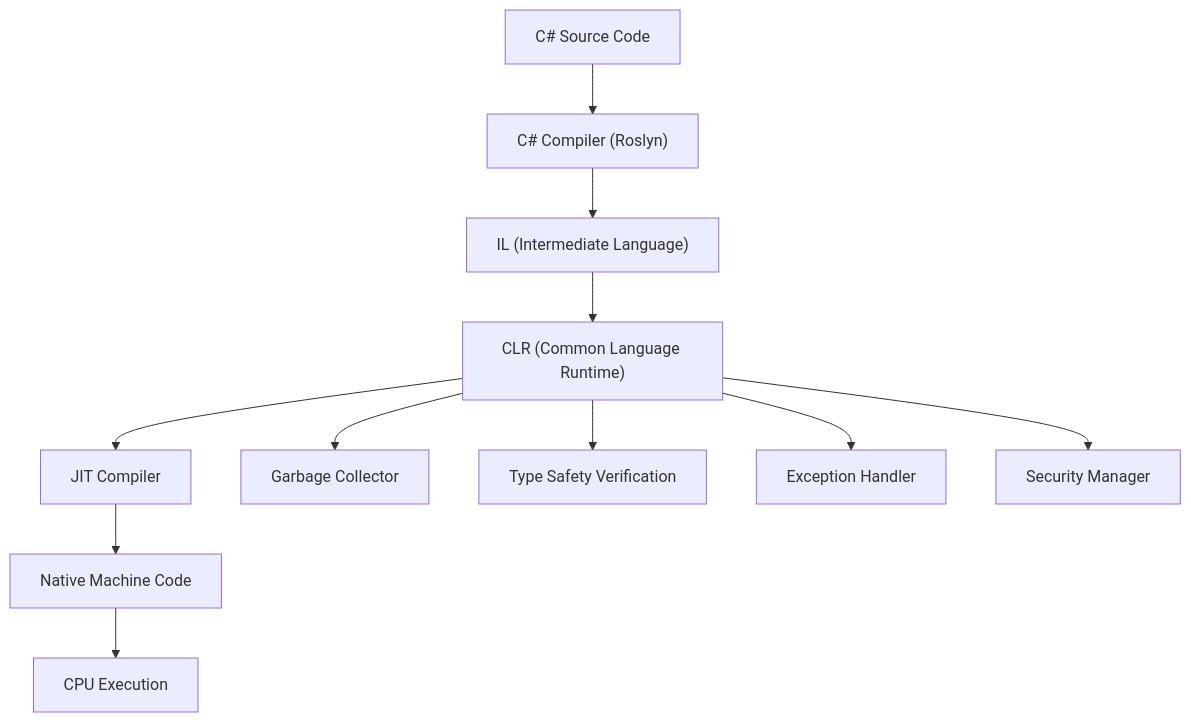
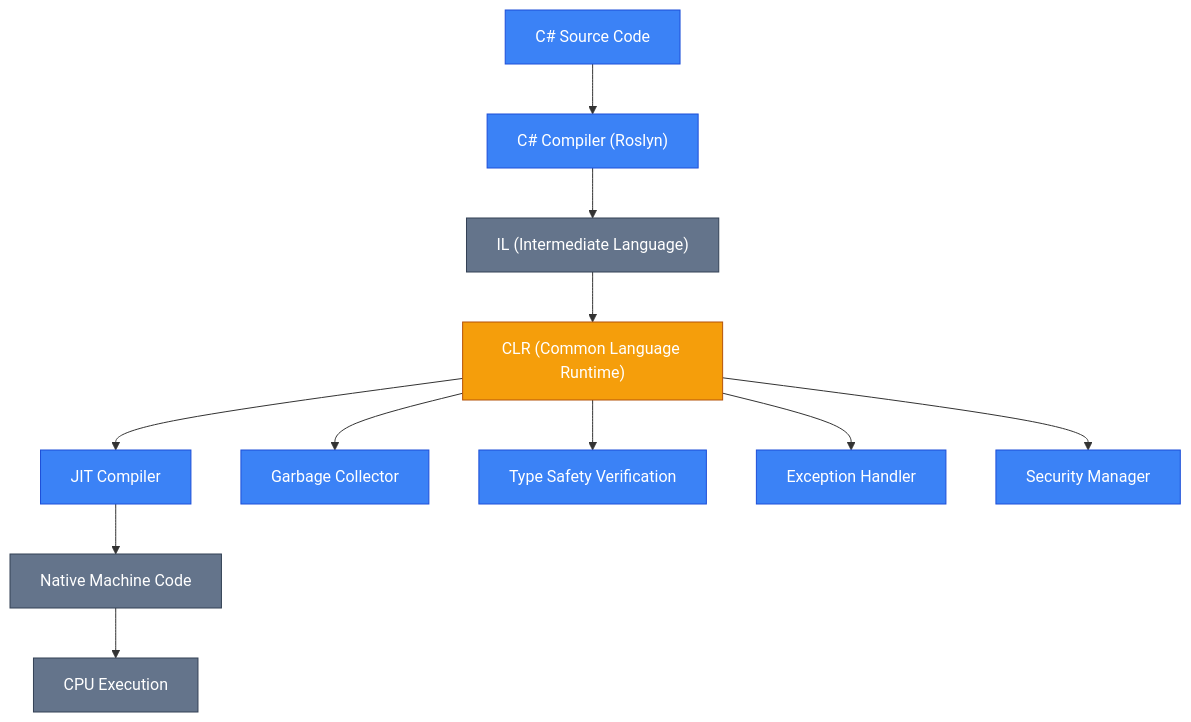
Before and after one commit to arakviel/kostyl.dev: the second of 4 diagrams in content/1.csharp/1.fundamentals/1.introduction-to-ecosystem.md, drawn with Mermaid. The commit also changed other lines of this file and 30 other files, not shown here.

````diff
--- a/content/1.csharp/1.fundamentals/1.introduction-to-ecosystem.md
+++ b/content/1.csharp/1.fundamentals/1.introduction-to-ecosystem.md
@@ -124,18 +124,30 @@
 ```mermaid
 graph TD
 
     %% Компоненти компіляції
     A["C# Source Code"] --> B["C# Compiler (Roslyn)"]
     B --> C["IL (Intermediate Language)"]
     C --> D["CLR (Common Language Runtime)"]
 
     %% Компоненти CLR
     D --> E["JIT Compiler"]
     D --> F["Garbage Collector"]
     D --> G["Type Safety Verification"]
     D --> H["Exception Handler"]
     D --> I["Security Manager"]
 
     E --> J["Native Machine Code"]
     J --> K["CPU Execution"]
+
+    style A fill:#3b82f6,stroke:#1d4ed8,color:#ffffff
+    style B fill:#3b82f6,stroke:#1d4ed8,color:#ffffff
+    style C fill:#64748b,stroke:#334155,color:#ffffff
+    style D fill:#f59e0b,stroke:#b45309,color:#ffffff
+    style E fill:#3b82f6,stroke:#1d4ed8,color:#ffffff
+    style F fill:#3b82f6,stroke:#1d4ed8,color:#ffffff
+    style G fill:#3b82f6,stroke:#1d4ed8,color:#ffffff
+    style H fill:#3b82f6,stroke:#1d4ed8,color:#ffffff
+    style I fill:#3b82f6,stroke:#1d4ed8,color:#ffffff
+    style J fill:#64748b,stroke:#334155,color:#ffffff
+    style K fill:#64748b,stroke:#334155,color:#ffffff
 ```
````
